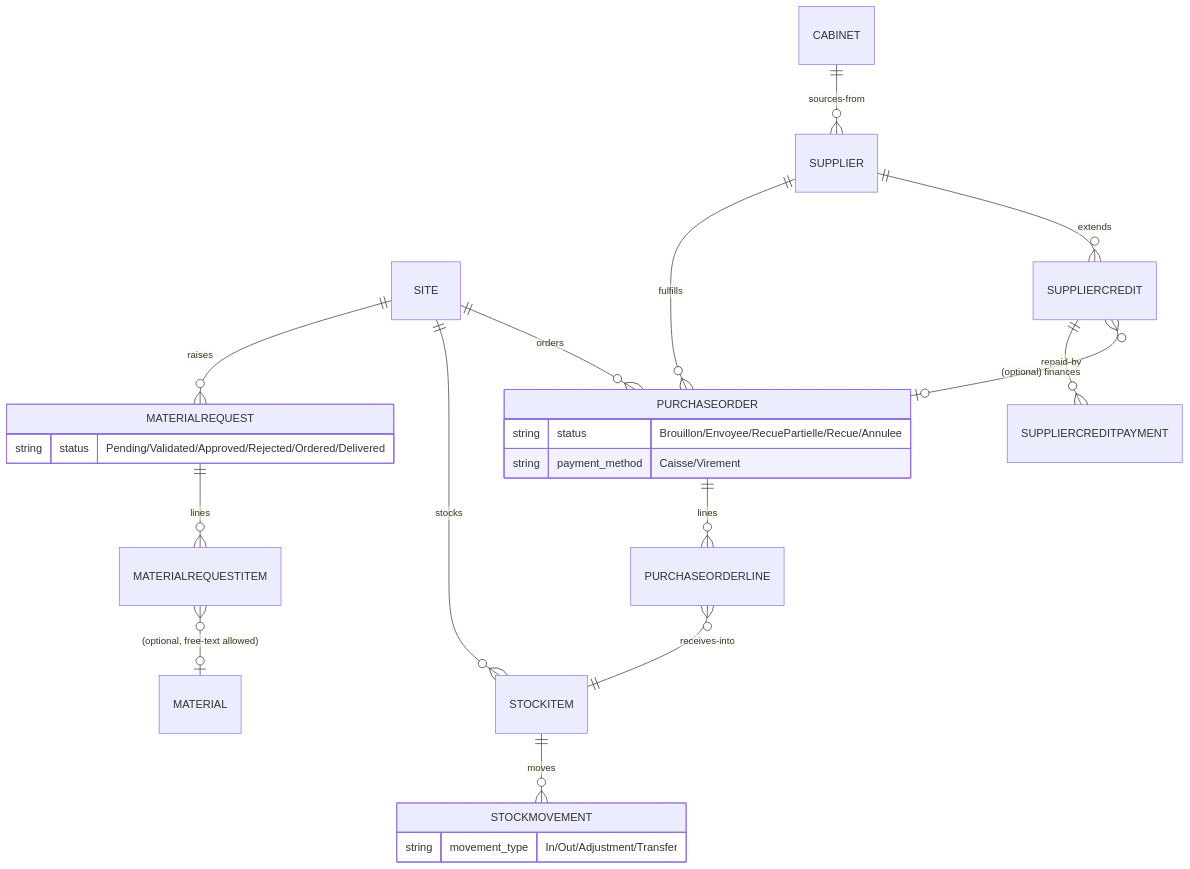
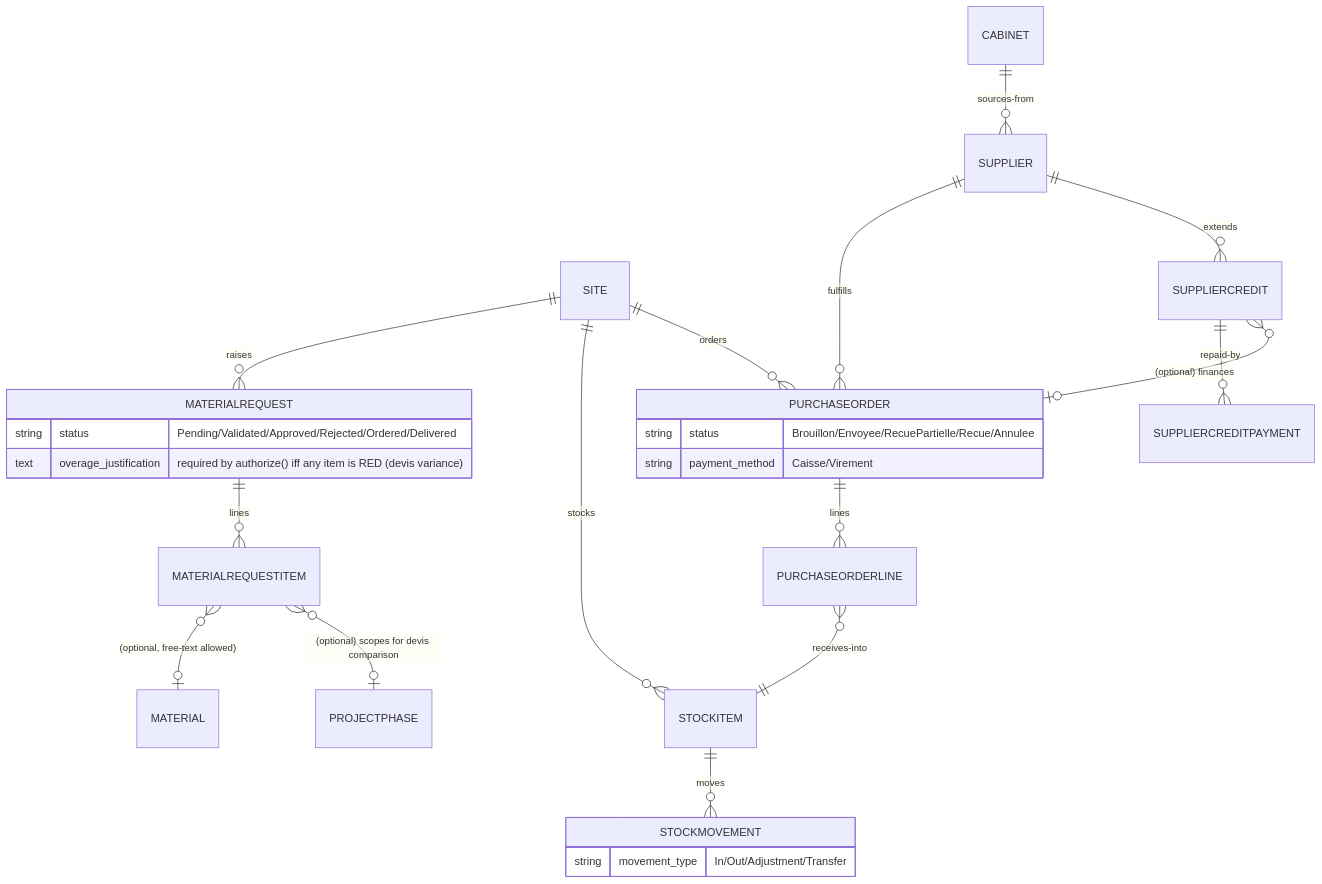
Before and after one commit to monsieurpapa/chantierMobile: the fifth of 6 diagrams in docs/architecture/data-model.md, drawn with Mermaid. The commit also changed other lines of this file and 44 other files, not shown here.

First line of the commit message:
feat: Devis & États de besoin comparison, with sous-étape support

````diff
--- a/docs/architecture/data-model.md
+++ b/docs/architecture/data-model.md
@@ -169,27 +189,29 @@
 ```mermaid
 erDiagram
     SITE ||--o{ MATERIALREQUEST : raises
     SITE ||--o{ STOCKITEM : stocks
     SITE ||--o{ PURCHASEORDER : orders
     MATERIALREQUEST ||--o{ MATERIALREQUESTITEM : lines
     MATERIALREQUESTITEM }o--o| MATERIAL : "(optional, free-text allowed)"
+    MATERIALREQUESTITEM }o--o| PROJECTPHASE : "(optional) scopes for devis comparison"
     CABINET ||--o{ SUPPLIER : sources-from
     SUPPLIER ||--o{ PURCHASEORDER : fulfills
     SUPPLIER ||--o{ SUPPLIERCREDIT : extends
     SUPPLIERCREDIT ||--o{ SUPPLIERCREDITPAYMENT : repaid-by
     SUPPLIERCREDIT }o--o| PURCHASEORDER : "(optional) finances"
     PURCHASEORDER ||--o{ PURCHASEORDERLINE : lines
     PURCHASEORDERLINE }o--|| STOCKITEM : receives-into
     STOCKITEM ||--o{ STOCKMOVEMENT : moves
 
     MATERIALREQUEST {
         string status "Pending/Validated/Approved/Rejected/Ordered/Delivered"
+        text overage_justification "required by authorize() iff any item is RED (devis variance)"
     }
     PURCHASEORDER {
         string status "Brouillon/Envoyee/RecuePartielle/Recue/Annulee"
         string payment_method "Caisse/Virement"
     }
     STOCKMOVEMENT {
         string movement_type "In/Out/Adjustment/Transfer"
     }
 ```
````
